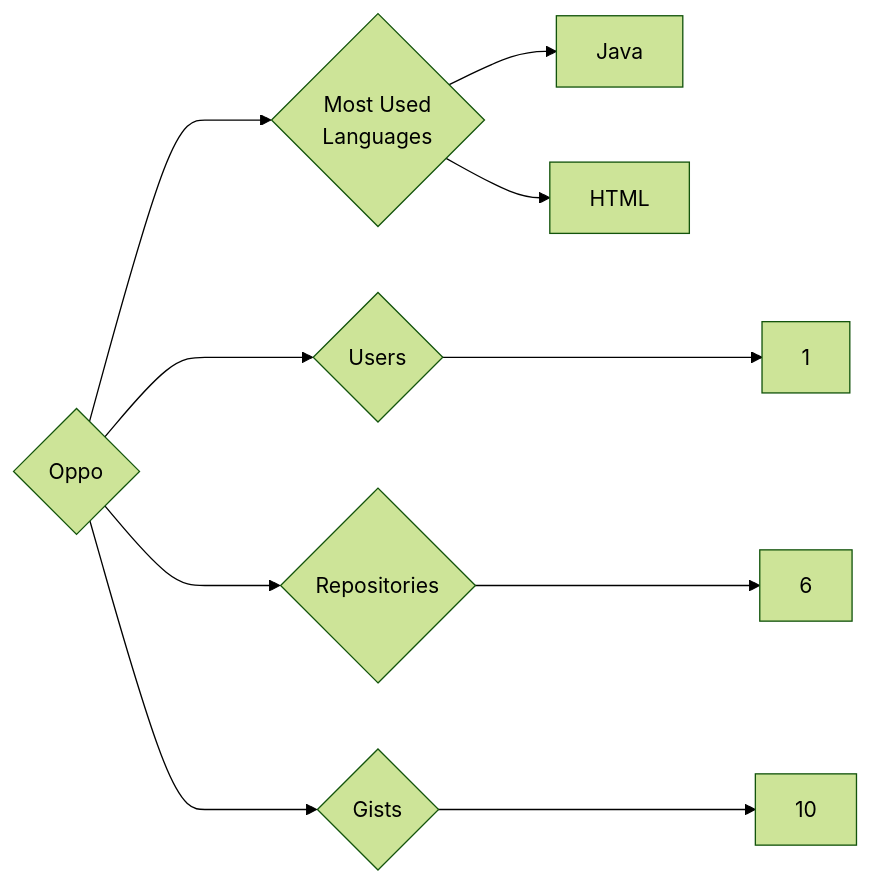
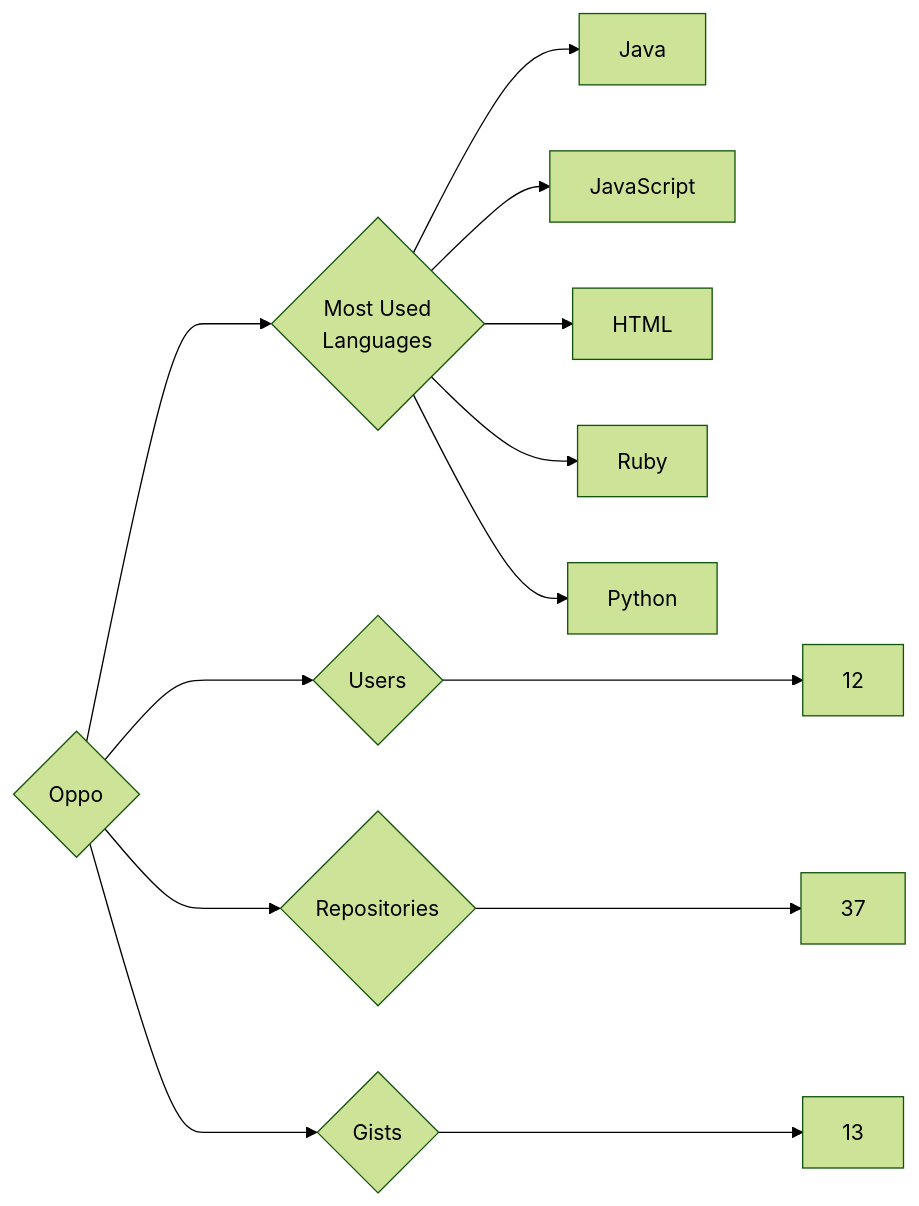
The diagram in targets/Oppo/README.md (trickest/insiders), drawn with Mermaid (forest theme) before and after one commit. The commit also changed 1696 other files, not shown here.

````diff
--- a/targets/Oppo/README.md
+++ b/targets/Oppo/README.md
@@ -3,10 +3,13 @@
 ```mermaid
 graph LR
 COMPANY_NAME{Oppo}
-COMPANY_NAME ---> U{Users} ---> UN[1]
-COMPANY_NAME ---> R{Repositories} ---> RN[6]
-COMPANY_NAME ---> G{Gists} ---> GN[10]
+COMPANY_NAME ---> U{Users} ---> UN[12]
+COMPANY_NAME ---> R{Repositories} ---> RN[37]
+COMPANY_NAME ---> G{Gists} ---> GN[13]
 COMPANY_NAME ---> ML{Most Used<br>Languages}
 ML --> Java[Java]
+ML --> JavaScript[JavaScript]
 ML --> HTML[HTML]
+ML --> Ruby[Ruby]
+ML --> Python[Python]
 ```
````
